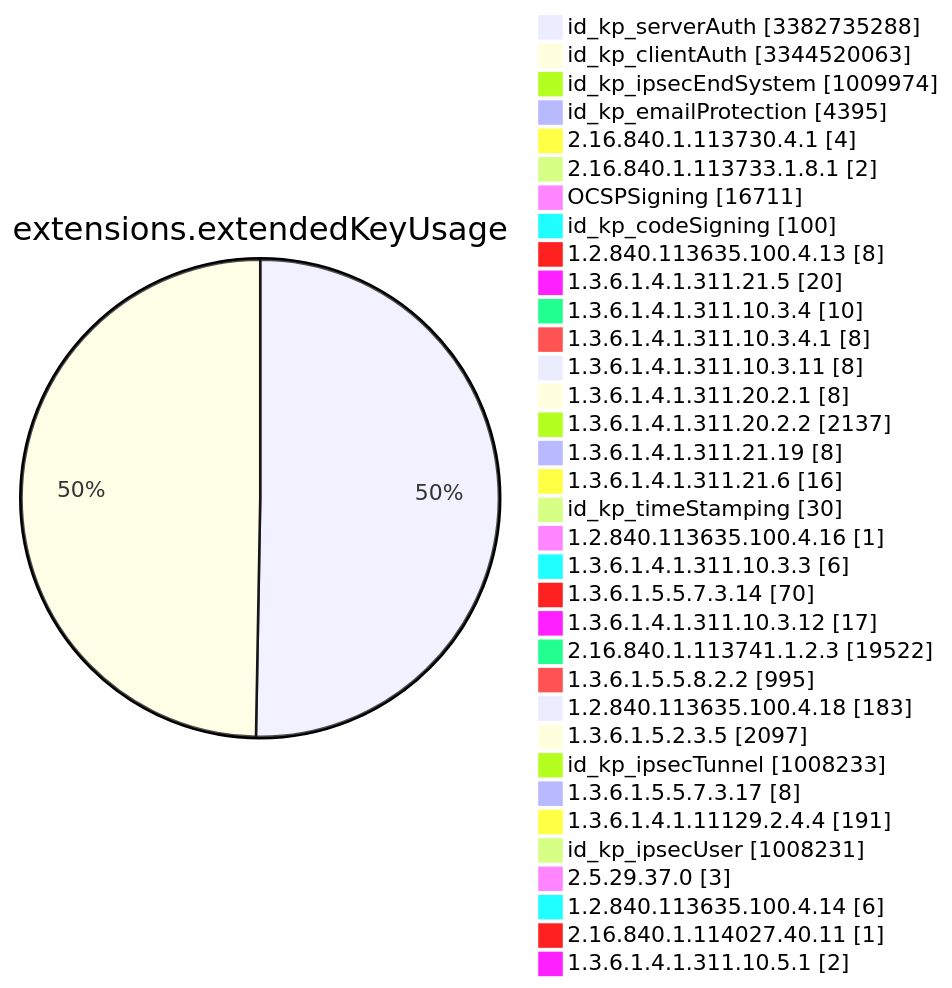
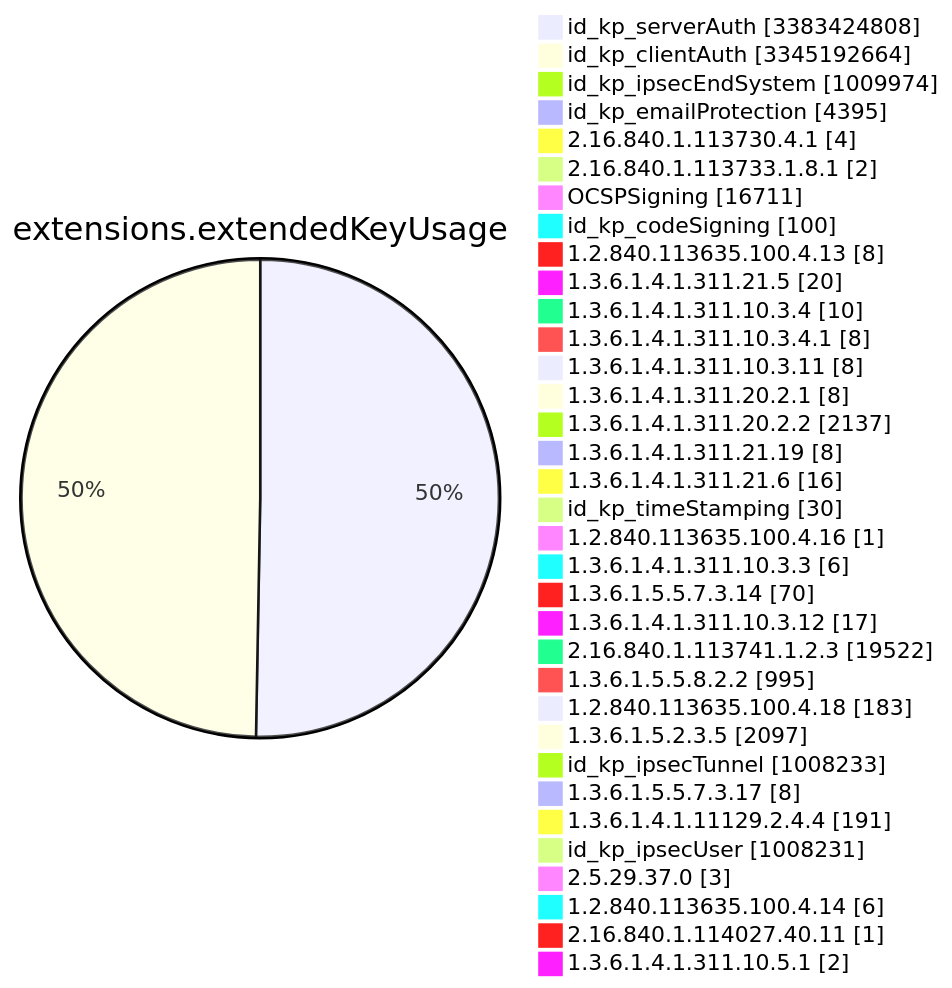
Diagram 11 of 15 in TOTAL/README.md (christiankrug/ctmonitor_visualization), drawn with Mermaid before and after one commit. The commit also changed other lines of this file, not shown here.

````diff
--- a/TOTAL/README.md
+++ b/TOTAL/README.md
@@ -4120,38 +4120,38 @@
 ```mermaid
 pie showData
 title extensions.extendedKeyUsage
-"id_kp_serverAuth" :3382735288
-"id_kp_clientAuth" :3344520063
+"id_kp_serverAuth" :3383424808
+"id_kp_clientAuth" :3345192664
 "id_kp_ipsecEndSystem" :1009974
 "id_kp_emailProtection" :4395
 "2.16.840.1.113730.4.1" :4
 "2.16.840.1.113733.1.8.1" :2
 "OCSPSigning" :16711
 "id_kp_codeSigning" :100
 "1.2.840.113635.100.4.13" :8
 "1.3.6.1.4.1.311.21.5" :20
 "1.3.6.1.4.1.311.10.3.4" :10
 "1.3.6.1.4.1.311.10.3.4.1" :8
 "1.3.6.1.4.1.311.10.3.11" :8
 "1.3.6.1.4.1.311.20.2.1" :8
 "1.3.6.1.4.1.311.20.2.2" :2137
 "1.3.6.1.4.1.311.21.19" :8
 "1.3.6.1.4.1.311.21.6" :16
 "id_kp_timeStamping" :30
 "1.2.840.113635.100.4.16" :1
 "1.3.6.1.4.1.311.10.3.3" :6
 "1.3.6.1.5.5.7.3.14" :70
 "1.3.6.1.4.1.311.10.3.12" :17
 "2.16.840.1.113741.1.2.3" :19522
 "1.3.6.1.5.5.8.2.2" :995
 "1.2.840.113635.100.4.18" :183
 "1.3.6.1.5.2.3.5" :2097
 "id_kp_ipsecTunnel" :1008233
 "1.3.6.1.5.5.7.3.17" :8
 "1.3.6.1.4.1.11129.2.4.4" :191
 "id_kp_ipsecUser" :1008231
 "2.5.29.37.0" :3
 "1.2.840.113635.100.4.14" :6
 "2.16.840.1.114027.40.11" :1
 "1.3.6.1.4.1.311.10.5.1" :2
 ```
````
